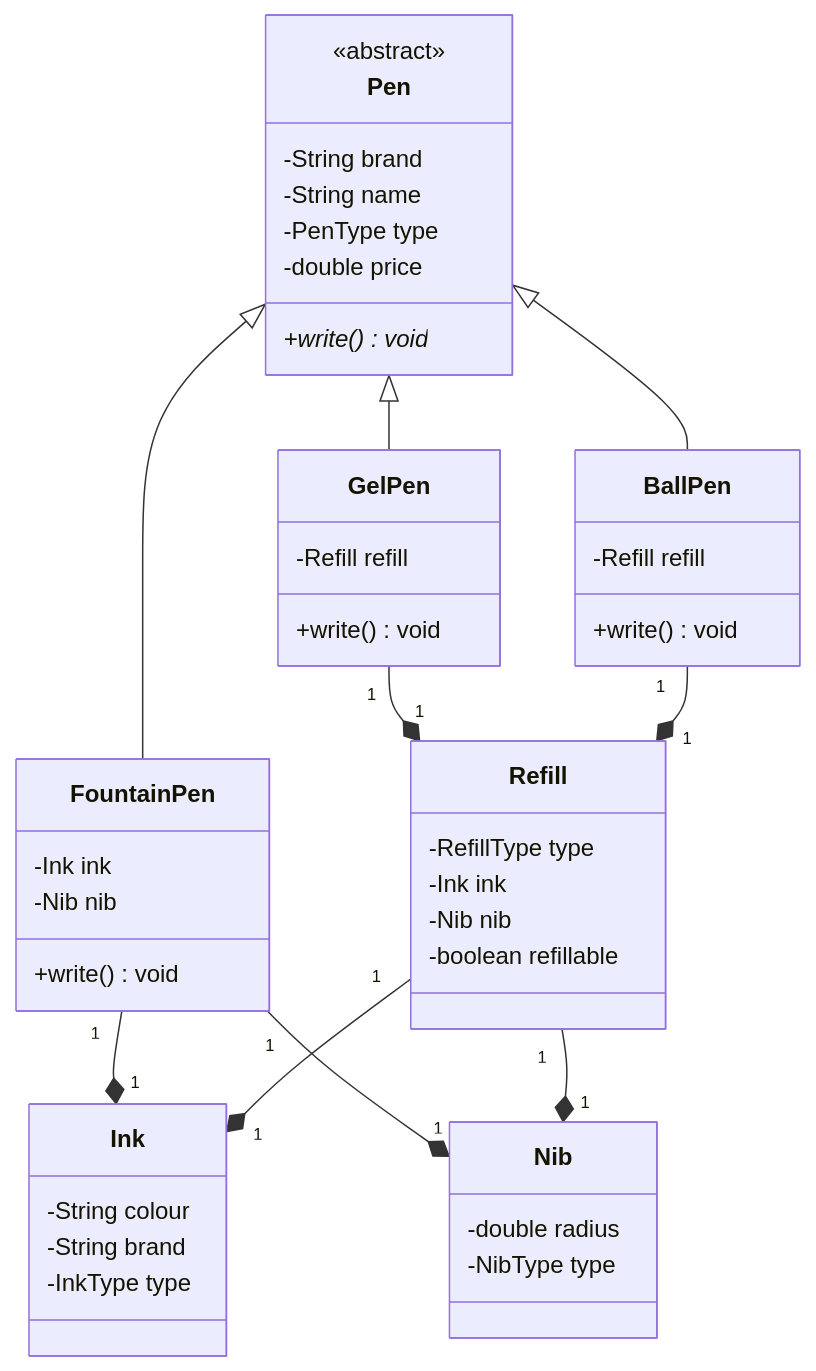
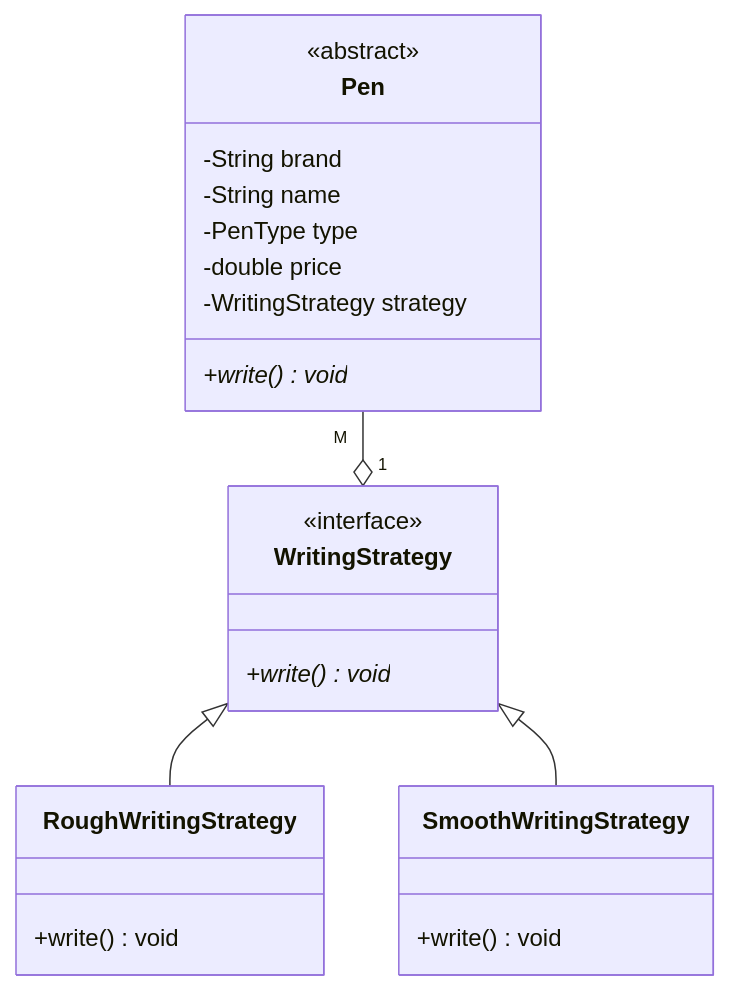
The diagram in LLD/ScalerLLD/src/main/java/com/scaler/lld/design/kalam/models/design-a-pen.md (AdityaMhetras/ScalerLLD), drawn with Mermaid before and after one commit. The commit also changed 4 other files, not shown here.

````diff
--- a/LLD/ScalerLLD/src/main/java/com/scaler/lld/design/kalam/models/design-a-pen.md
+++ b/LLD/ScalerLLD/src/main/java/com/scaler/lld/design/kalam/models/design-a-pen.md
@@ -1,60 +1,31 @@
 ```mermaid
 classDiagram
     class Pen {
         <<abstract>>
         -String brand
         -String name
         -PenType type
         -double price
+        -WritingStrategy strategy
         +write()* void
     }
     
-    class GelPen {
-        -Refill refill
-        +write() void
+    class WritingStrategy {
+        <<interface>>
+        +write()* void
     }
     
-    class BallPen {
-        -Refill refill
-        +write() void
+    class RoughWritingStrategy {
+            +write() void
+    }
+ 
+    class SmoothWritingStrategy {
+            +write() void
     }
 
-    class FountainPen {
-        -Ink ink
-        -Nib nib
-        +write() void
-    }
+    WritingStrategy <|-- RoughWritingStrategy    
+    WritingStrategy <|-- SmoothWritingStrategy
     
-    Pen <|-- GelPen
-    Pen <|-- BallPen
-    Pen <|-- FountainPen
-        
-    class Refill {
-        -RefillType type
-        -Ink ink
-        -Nib nib
-        -boolean refillable
-    }
-
-
-    class Ink {
-        -String colour
-        -String brand
-        -InkType type
-    }
-
-
-    class Nib {
-        -double radius
-        -NibType type
-    }
-
-    
-    GelPen "1" --* "1" Refill
-    BallPen "1" --* "1" Refill
-    FountainPen "1" --* "1" Ink    
-    FountainPen "1" --* "1" Nib
-    Refill "1" --* "1" Ink
-    Refill "1" --* "1" Nib    
+    Pen "M" --o "1" WritingStrategy
 
 ```
````
